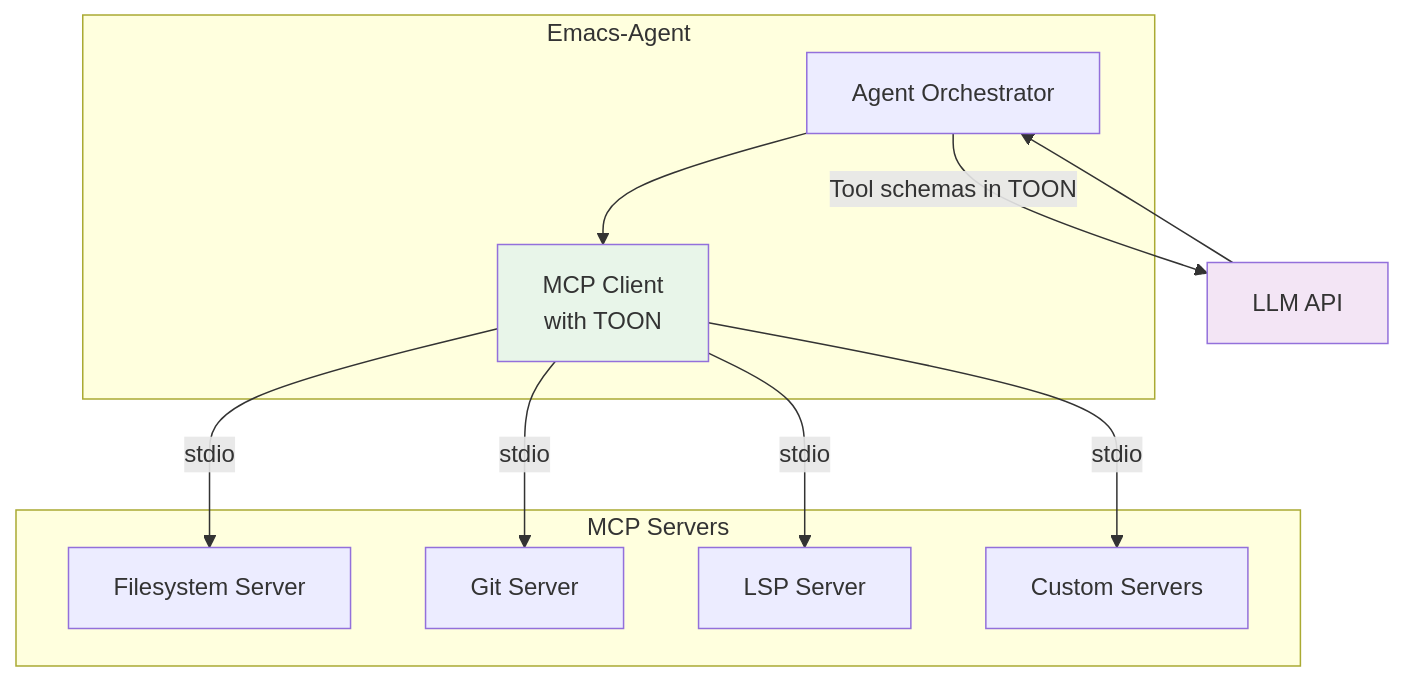
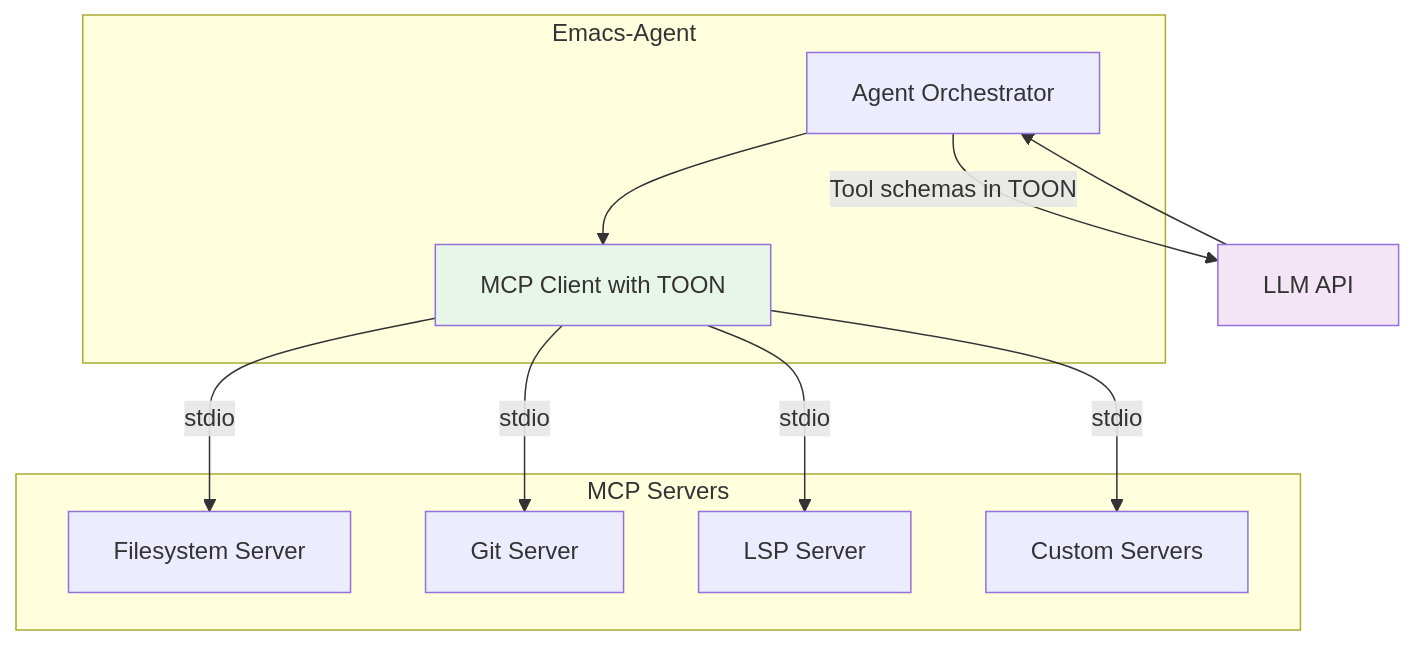
Before and after one commit to softwarewrighter/emacs-agent: the first of 5 diagrams in wiki/MCP-Integration.md, drawn with Mermaid. The commit also changed 7 other files, not shown here.

First line of the commit message:
Fix wiki Mermaid diagrams: remove <br/> tags

````diff
--- a/wiki/MCP-Integration.md
+++ b/wiki/MCP-Integration.md
@@ -14,26 +14,26 @@
 ```mermaid
 graph TB
     subgraph "Emacs-Agent"
         AGENT[Agent Orchestrator]
-        MCP_CLIENT[MCP Client<br/>with TOON]
+        MCP_CLIENT[MCP Client with TOON]
     end
 
     subgraph "MCP Servers"
         FS[Filesystem Server]
         GIT[Git Server]
         LSP[LSP Server]
         CUSTOM[Custom Servers]
     end
 
     AGENT --> MCP_CLIENT
     MCP_CLIENT -->|stdio| FS
     MCP_CLIENT -->|stdio| GIT
     MCP_CLIENT -->|stdio| LSP
     MCP_CLIENT -->|stdio| CUSTOM
 
     LLM[LLM API] --> AGENT
     AGENT -->|Tool schemas in TOON| LLM
 
     style MCP_CLIENT fill:#e8f5e9
     style LLM fill:#f3e5f5
 ```
````
